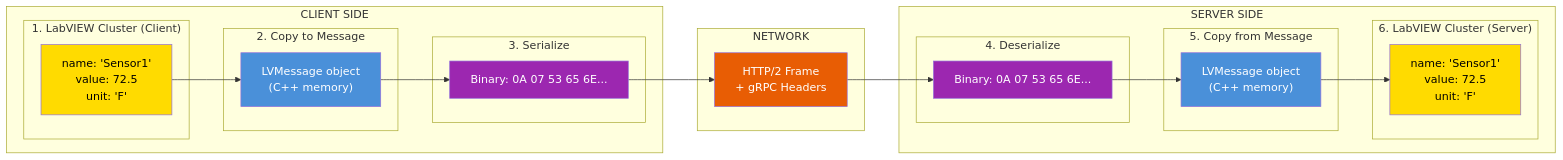
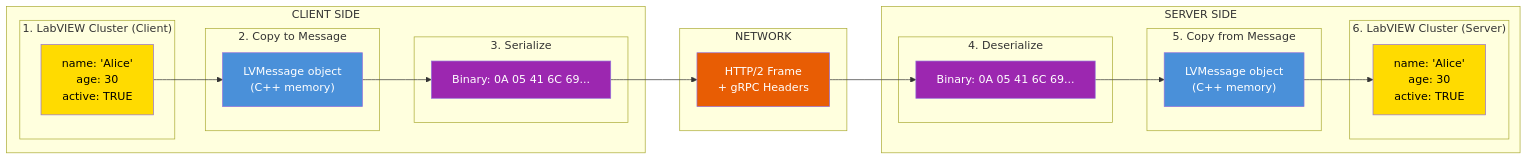
One commit to yash-ni/Docs changed the second of 7 diagrams in KnownIssuesAndUpgradePath.md. Above: the diagram before and after it, drawn with Mermaid. The commit also changed other lines of this file, not shown here.

````diff
--- a/KnownIssuesAndUpgradePath.md
+++ b/KnownIssuesAndUpgradePath.md
@@ -103,45 +103,45 @@
 ```mermaid
 graph LR
     subgraph "CLIENT SIDE"
         subgraph "1. LabVIEW Cluster (Client)"
-            LV_CLIENT["name: 'Sensor1'<br/>value: 72.5<br/>unit: 'F'"]
+            LV_CLIENT["name: 'Alice'<br/>age: 30<br/>active: TRUE"]
         end
         
         subgraph "2. Copy to Message"
             MSG_CLIENT["LVMessage object<br/>(C++ memory)"]
         end
         
         subgraph "3. Serialize"
-            BIN_CLIENT["Binary: 0A 07 53 65 6E..."]
+            BIN_CLIENT["Binary: 0A 05 41 6C 69..."]
         end
     end
     
     subgraph "NETWORK"
         HTTP["HTTP/2 Frame<br/>+ gRPC Headers"]
     end
     
     subgraph "SERVER SIDE"
         subgraph "4. Deserialize"
-            BIN_SERVER["Binary: 0A 07 53 65 6E..."]
+            BIN_SERVER["Binary: 0A 05 41 6C 69..."]
         end
         
         subgraph "5. Copy from Message"
             MSG_SERVER["LVMessage object<br/>(C++ memory)"]
         end
         
         subgraph "6. LabVIEW Cluster (Server)"
-            LV_SERVER["name: 'Sensor1'<br/>value: 72.5<br/>unit: 'F'"]
+            LV_SERVER["name: 'Alice'<br/>age: 30<br/>active: TRUE"]
         end
     end
     
     LV_CLIENT --> MSG_CLIENT --> BIN_CLIENT --> HTTP
     HTTP --> BIN_SERVER --> MSG_SERVER --> LV_SERVER
     
     style LV_CLIENT fill:#ffdb00,color:#000
     style MSG_CLIENT fill:#4a90d9,color:#fff
     style BIN_CLIENT fill:#9c27b0,color:#fff
     style HTTP fill:#e85d04,color:#fff
     style BIN_SERVER fill:#9c27b0,color:#fff
     style MSG_SERVER fill:#4a90d9,color:#fff
     style LV_SERVER fill:#ffdb00,color:#000
 ```
````
